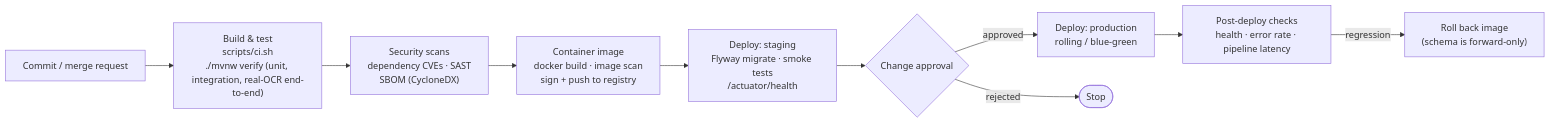
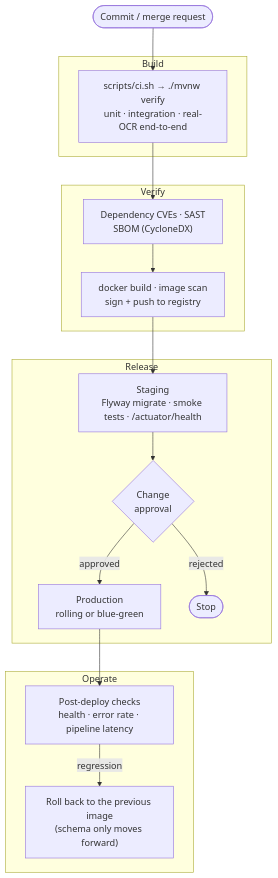
The fifth of 6 diagrams in docs/infrastructure.md (SarvariVin/ttb-label-verification), drawn with Mermaid before and after one commit. The commit also changed other lines of this file and 251 other files, not shown here.

````diff
--- a/docs/infrastructure.md
+++ b/docs/infrastructure.md
@@ -198,12 +226,30 @@
 ```mermaid
-flowchart LR
-    commit["Commit / merge request"] --> build["Build & test<br/>scripts/ci.sh<br/>./mvnw verify (unit, integration, real-OCR end-to-end)"]
-    build --> scan["Security scans<br/>dependency CVEs · SAST<br/>SBOM (CycloneDX)"]
-    scan --> image["Container image<br/>docker build · image scan<br/>sign + push to registry"]
-    image --> stg["Deploy: staging<br/>Flyway migrate · smoke tests<br/>/actuator/health"]
-    stg --> approve{"Change approval"}
-    approve -->|approved| prod["Deploy: production<br/>rolling / blue-green"]
-    approve -->|rejected| stop(["Stop"])
-    prod --> verify["Post-deploy checks<br/>health · error rate · pipeline latency"]
-    verify -->|regression| rollback["Roll back image<br/>(schema is forward-only)"]
+flowchart TB
+    commit(["Commit / merge request"]) --> build
+
+    subgraph B["Build"]
+        build["scripts/ci.sh → ./mvnw verify<br/>unit · integration · real-OCR end-to-end"]
+    end
+    subgraph V["Verify"]
+        scan["Dependency CVEs · SAST<br/>SBOM (CycloneDX)"]
+        image["docker build · image scan<br/>sign + push to registry"]
+        scan --> image
+    end
+    subgraph R["Release"]
+        stg["Staging<br/>Flyway migrate · smoke tests · /actuator/health"]
+        approve{"Change<br/>approval"}
+        prod["Production<br/>rolling or blue-green"]
+        stg --> approve
+        approve -- approved --> prod
+        approve -- rejected --> stop(["Stop"])
+    end
+    subgraph O["Operate"]
+        verify["Post-deploy checks<br/>health · error rate · pipeline latency"]
+        rollback["Roll back to the previous image<br/>(schema only moves forward)"]
+        verify -- regression --> rollback
+    end
+
+    build --> scan
+    image --> stg
+    prod --> verify
 ```
````
